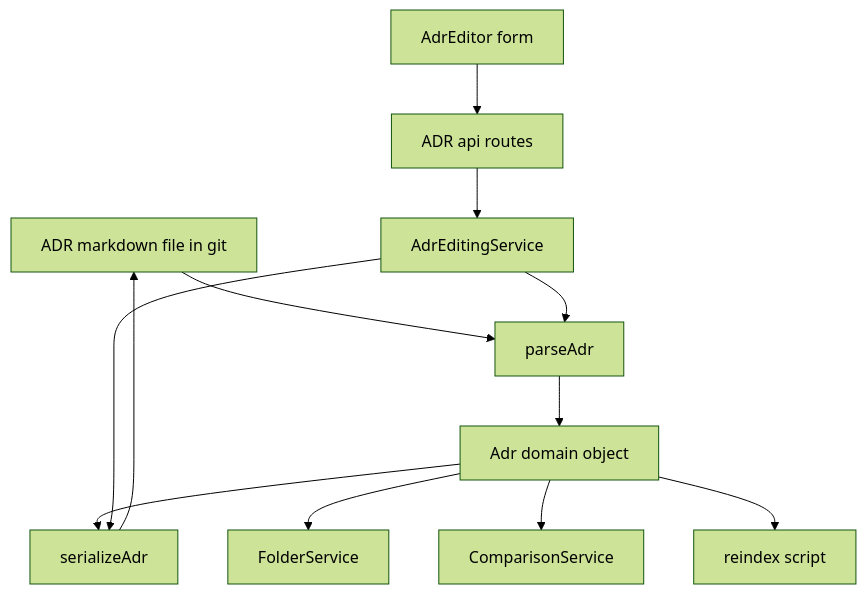
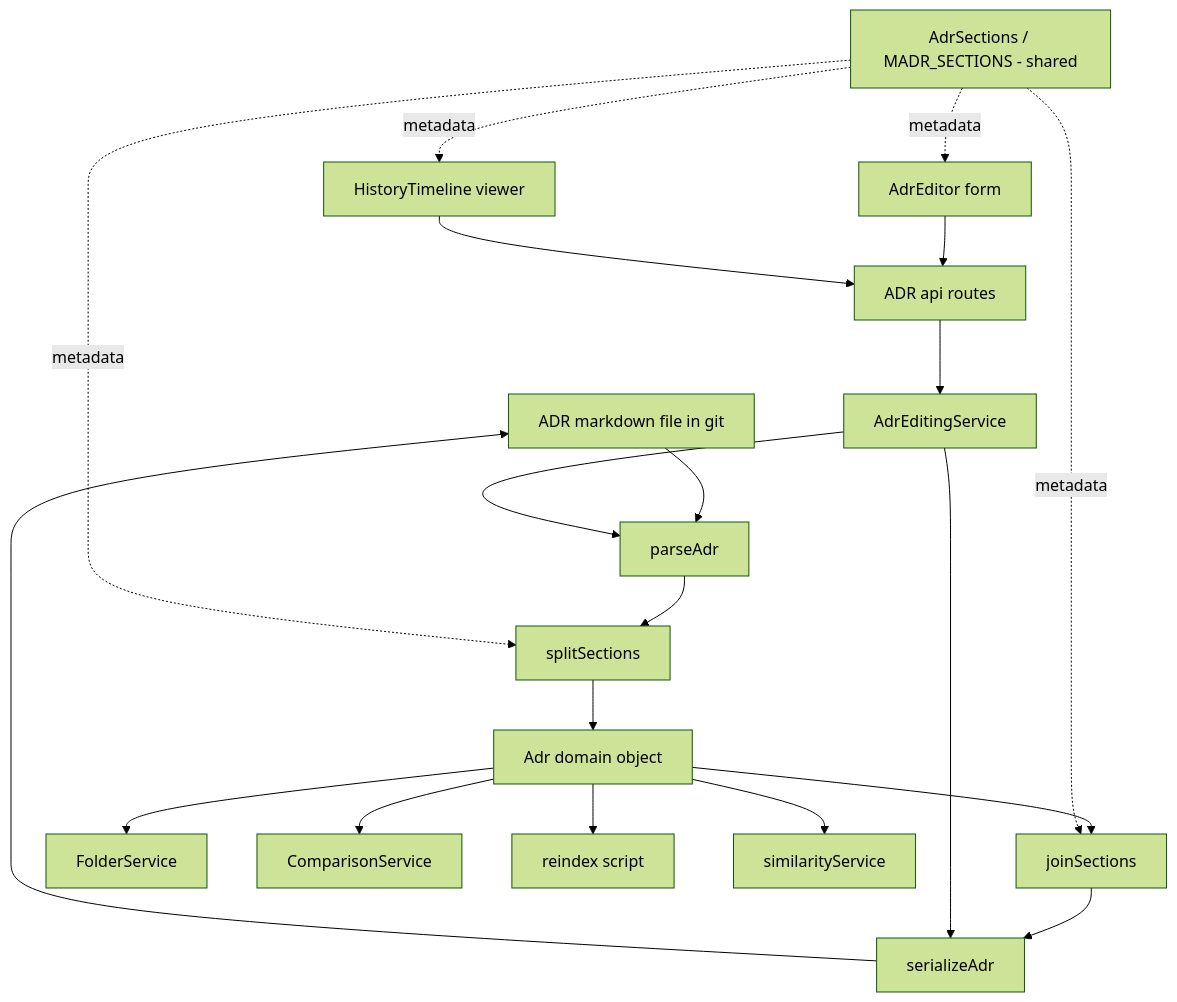
Before and after one commit to sacherowy/madr-repostiory: the first of 3 diagrams in .kiro/specs/madr-template-alignment/design.md, drawn with Mermaid (forest theme). The commit also changed other lines of this file and 2 other files, not shown here.

First line of the commit message:
docs(madr-template-alignment): rework design for discrete MADR section fields

````diff
--- a/.kiro/specs/madr-template-alignment/design.md
+++ b/.kiro/specs/madr-template-alignment/design.md
@@ -63,26 +77,40 @@
 ```mermaid
 graph TB
     GitFile[ADR markdown file in git]
     ParseAdr[parseAdr]
     SerializeAdr[serializeAdr]
+    SplitSections[splitSections]
+    JoinSections[joinSections]
     AdrType[Adr domain object]
+    SectionsMeta[AdrSections / MADR_SECTIONS - shared]
     FolderSvc[FolderService]
     CompareSvc[ComparisonService]
     EditingSvc[AdrEditingService]
     Reindex[reindex script]
+    SimilaritySvc[similarityService]
     ApiRoutes[ADR api routes]
     EditorUI[AdrEditor form]
+    HistoryUI[HistoryTimeline viewer]
 
     GitFile --> ParseAdr
-    ParseAdr --> AdrType
-    AdrType --> SerializeAdr
+    ParseAdr --> SplitSections
+    SplitSections --> AdrType
+    AdrType --> JoinSections
+    JoinSections --> SerializeAdr
     SerializeAdr --> GitFile
+
+    SectionsMeta -.metadata.-> SplitSections
+    SectionsMeta -.metadata.-> JoinSections
+    SectionsMeta -.metadata.-> EditorUI
+    SectionsMeta -.metadata.-> HistoryUI
 
     AdrType --> FolderSvc
     AdrType --> CompareSvc
     AdrType --> Reindex
+    AdrType --> SimilaritySvc
     EditingSvc --> ParseAdr
     EditingSvc --> SerializeAdr
     ApiRoutes --> EditingSvc
     EditorUI --> ApiRoutes
+    HistoryUI --> ApiRoutes
 ```
````
